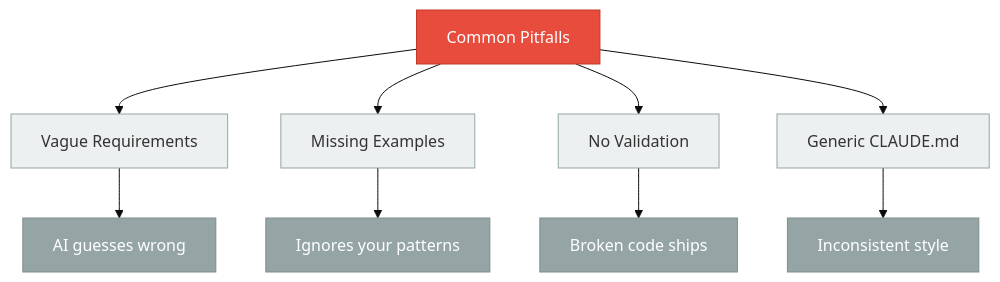
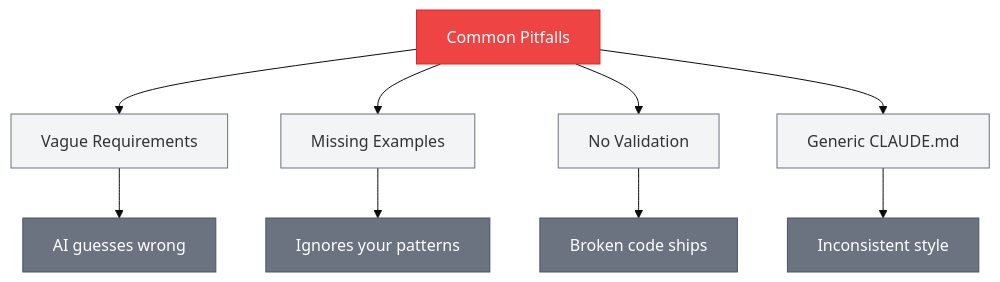
One commit to bprzybys-nc/ce-demo changed the fifth of 6 diagrams in ce-demo-presentation.md. Above: the diagram before and after it, drawn with Mermaid (base theme). The commit also changed other lines of this file and 1 other file, not shown here.

````diff
--- a/ce-demo-presentation.md
+++ b/ce-demo-presentation.md
@@ -287,22 +287,22 @@
 ```mermaid
 graph TD
     A["Common Pitfalls"] --> B["Vague Requirements"]
     A --> C["Missing Examples"]
     A --> D["No Validation"]
     A --> E["Generic CLAUDE.md"]
 
     B --> F["AI guesses wrong"]
     C --> G["Ignores your patterns"]
     D --> H["Broken code ships"]
     E --> I["Inconsistent style"]
 
-    style A fill:#E74C3C,stroke:#C0392B,color:#fff
-    style B fill:#ECF0F1,stroke:#95A5A6
-    style C fill:#ECF0F1,stroke:#95A5A6
-    style D fill:#ECF0F1,stroke:#95A5A6
-    style E fill:#ECF0F1,stroke:#95A5A6
-    style F fill:#95A5A6,stroke:#7F8C8D,color:#fff
-    style G fill:#95A5A6,stroke:#7F8C8D,color:#fff
-    style H fill:#95A5A6,stroke:#7F8C8D,color:#fff
-    style I fill:#95A5A6,stroke:#7F8C8D,color:#fff
+    style A fill:#EF4444,stroke:#DC2626,color:#fff
+    style B fill:#F3F4F6,stroke:#6B7280
+    style C fill:#F3F4F6,stroke:#6B7280
+    style D fill:#F3F4F6,stroke:#6B7280
+    style E fill:#F3F4F6,stroke:#6B7280
+    style F fill:#6B7280,stroke:#4B5563,color:#fff
+    style G fill:#6B7280,stroke:#4B5563,color:#fff
+    style H fill:#6B7280,stroke:#4B5563,color:#fff
+    style I fill:#6B7280,stroke:#4B5563,color:#fff
 ```
````
